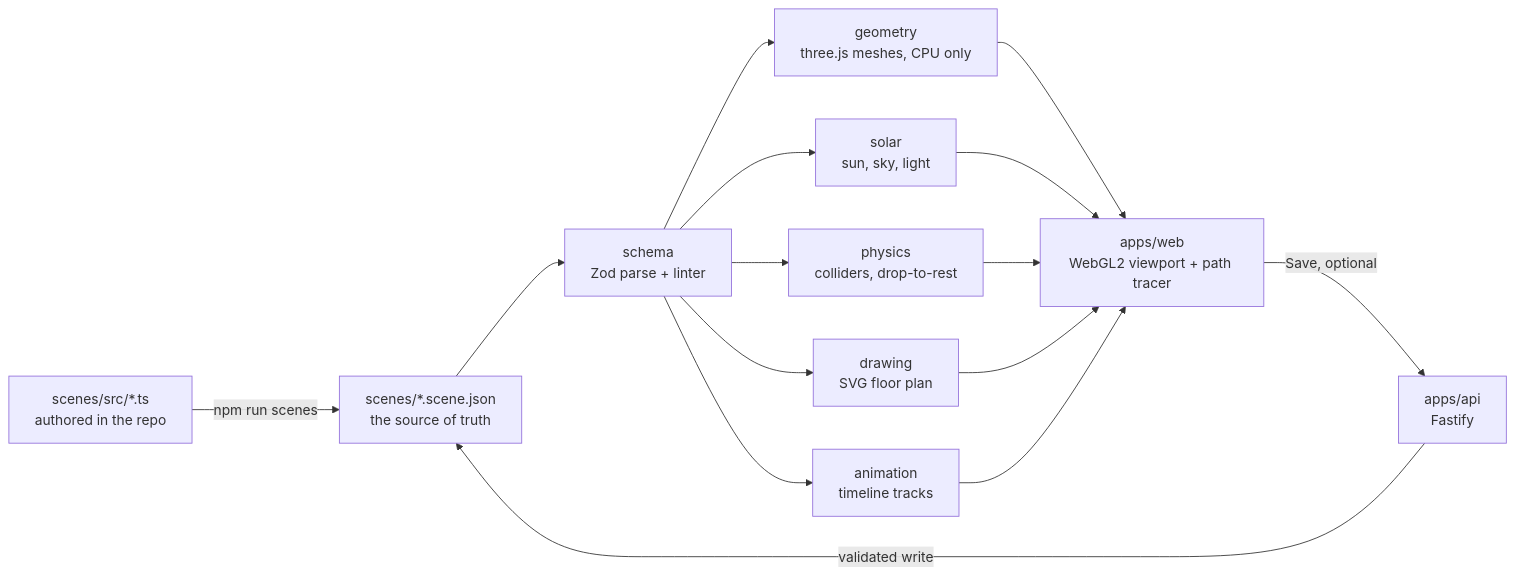
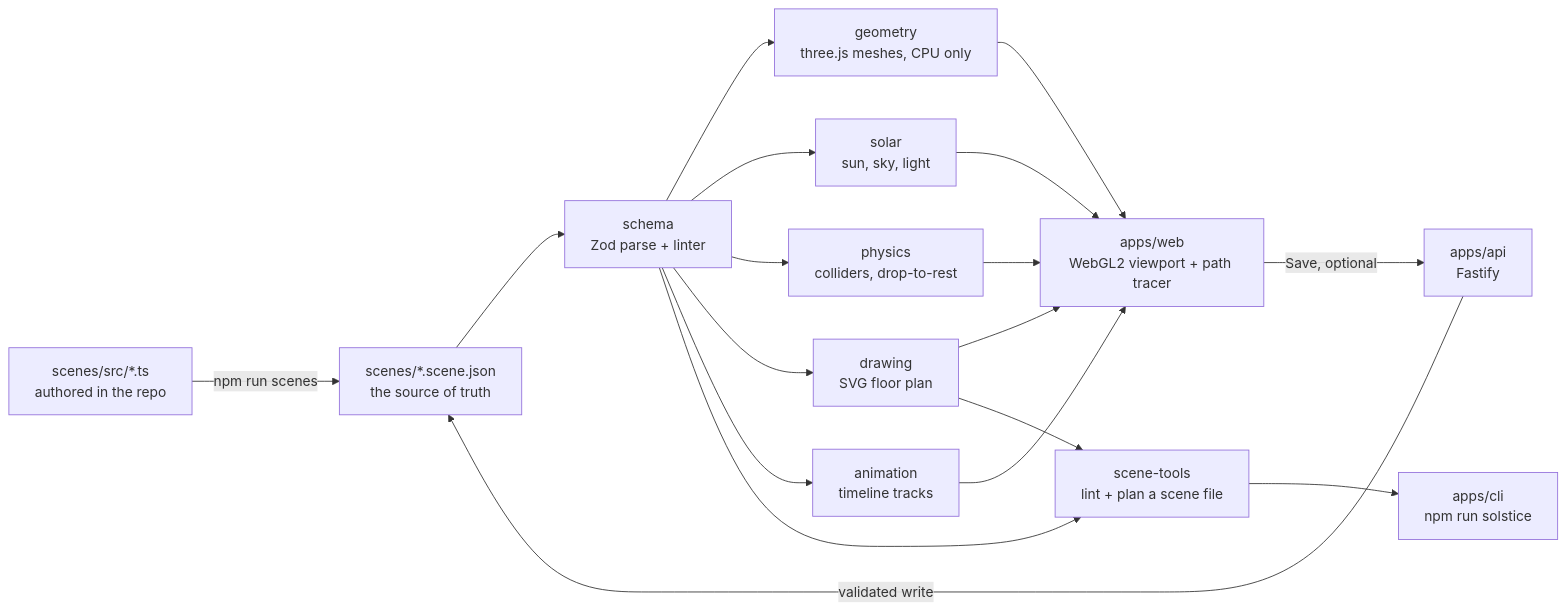
Before and after one commit to gandolh/3D-sandbox: the diagram in docs/architecture.md, drawn with Mermaid. The commit also changed other lines of this file and 18 other files, not shown here.

First line of the commit message:
Add a CLI that lints a scene file and draws its plan

````diff
--- a/docs/architecture.md
+++ b/docs/architecture.md
@@ -5,13 +5,15 @@
 ```mermaid
 flowchart LR
   src["scenes/src/*.ts<br/>authored in the repo"] -->|npm run scenes| json["scenes/*.scene.json<br/>the source of truth"]
   json --> schema["schema<br/>Zod parse + linter"]
   schema --> geometry["geometry<br/>three.js meshes, CPU only"]
   schema --> solar["solar<br/>sun, sky, light"]
   schema --> physics["physics<br/>colliders, drop-to-rest"]
   schema --> drawing["drawing<br/>SVG floor plan"]
   schema --> animation["animation<br/>timeline tracks"]
   geometry & solar & physics & drawing & animation --> web["apps/web<br/>WebGL2 viewport + path tracer"]
   web -->|Save, optional| api["apps/api<br/>Fastify"]
   api -->|validated write| json
+  schema & drawing --> tools["scene-tools<br/>lint + plan a scene file"]
+  tools --> cli["apps/cli<br/>npm run solstice"]
 ```
````
